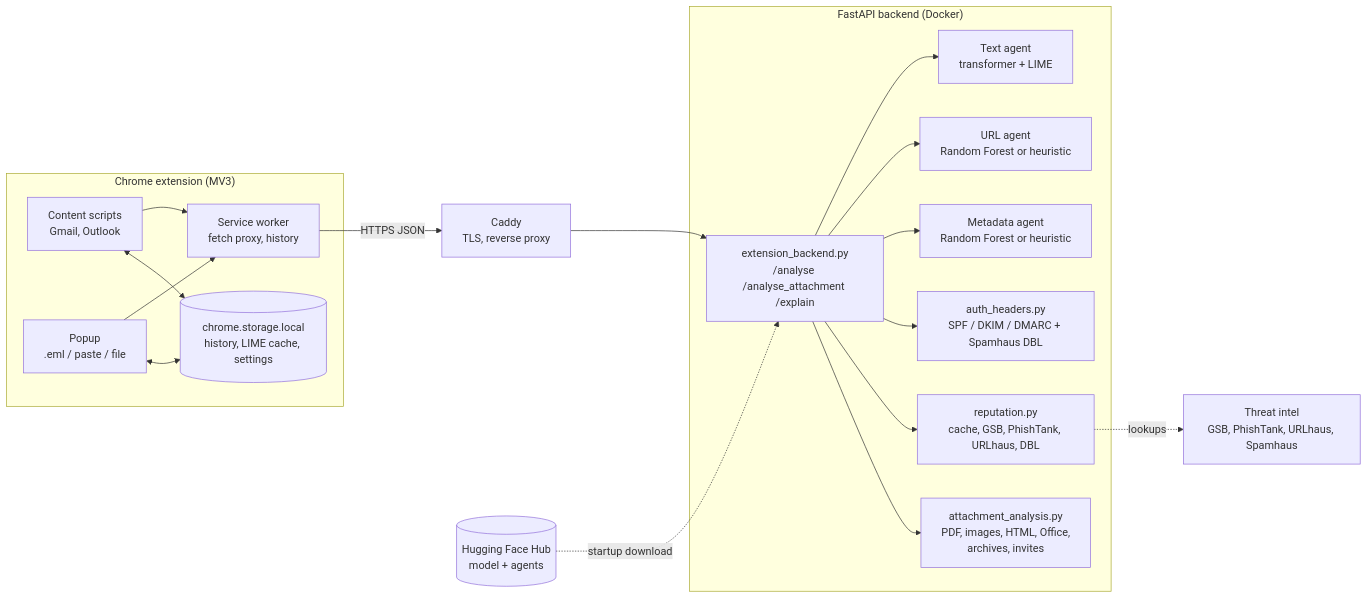
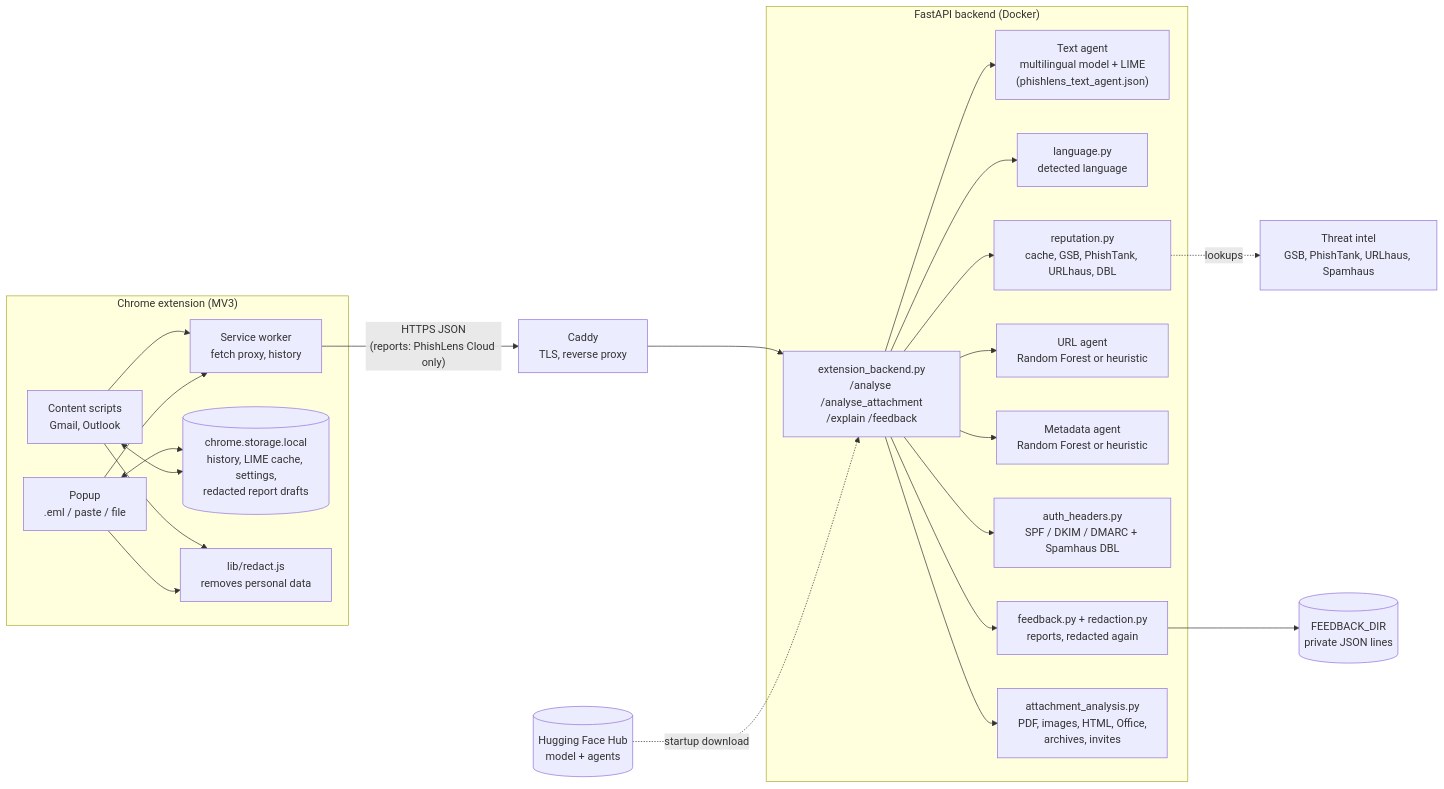
One commit to AnzouK/PhishLens changed the first of 4 diagrams in docs/architecture.md. Above: the diagram before and after it, drawn with Mermaid. The commit also changed other lines of this file and 5 other files, not shown here.

Commit message:
docs: how the multilingual text model was built and measured; diagrams for language detection and reports

````diff
--- a/docs/architecture.md
+++ b/docs/architecture.md
@@ -12,28 +12,34 @@
 ```mermaid
 flowchart LR
     subgraph Browser["Chrome extension (MV3)"]
         CS["Content scripts<br/>Gmail, Outlook"]
         PU["Popup<br/>.eml / paste / file"]
         BG["Service worker<br/>fetch proxy, history"]
-        ST[("chrome.storage.local<br/>history, LIME cache, settings")]
+        ST[("chrome.storage.local<br/>history, LIME cache, settings,<br/>redacted report drafts")]
+        RD["lib/redact.js<br/>removes personal data"]
         CS --> BG
+        CS --> RD
+        PU --> RD
         PU --> BG
         PU <--> ST
         CS <--> ST
     end
 
     subgraph Server["FastAPI backend (Docker)"]
-        API["extension_backend.py<br/>/analyse /analyse_attachment /explain"]
-        TXT["Text agent<br/>transformer + LIME"]
+        API["extension_backend.py<br/>/analyse /analyse_attachment<br/>/explain /feedback"]
+        TXT["Text agent<br/>multilingual model + LIME<br/>(phishlens_text_agent.json)"]
+        LANG["language.py<br/>detected language"]
+        FB["feedback.py + redaction.py<br/>reports, redacted again"]
         URL["URL agent<br/>Random Forest or heuristic"]
         META["Metadata agent<br/>Random Forest or heuristic"]
         AUTH["auth_headers.py<br/>SPF / DKIM / DMARC + Spamhaus DBL"]
         REP["reputation.py<br/>cache, GSB, PhishTank, URLhaus, DBL"]
         ATT["attachment_analysis.py<br/>PDF, images, HTML, Office,<br/>archives, invites"]
-        API --> TXT & URL & META & AUTH & REP & ATT
+        API --> TXT & URL & META & AUTH & REP & ATT & LANG & FB
     end
+    FB --> FD[("FEEDBACK_DIR<br/>private JSON lines")]
 
-    BG -- "HTTPS JSON" --> Caddy["Caddy<br/>TLS, reverse proxy"] --> API
+    BG -- "HTTPS JSON<br/>(reports: PhishLens Cloud only)" --> Caddy["Caddy<br/>TLS, reverse proxy"] --> API
     HF[("Hugging Face Hub<br/>model + agents")] -. "startup download" .-> API
     REP -. "lookups" .-> Intel["Threat intel<br/>GSB, PhishTank, URLhaus, Spamhaus"]
 ```
````
